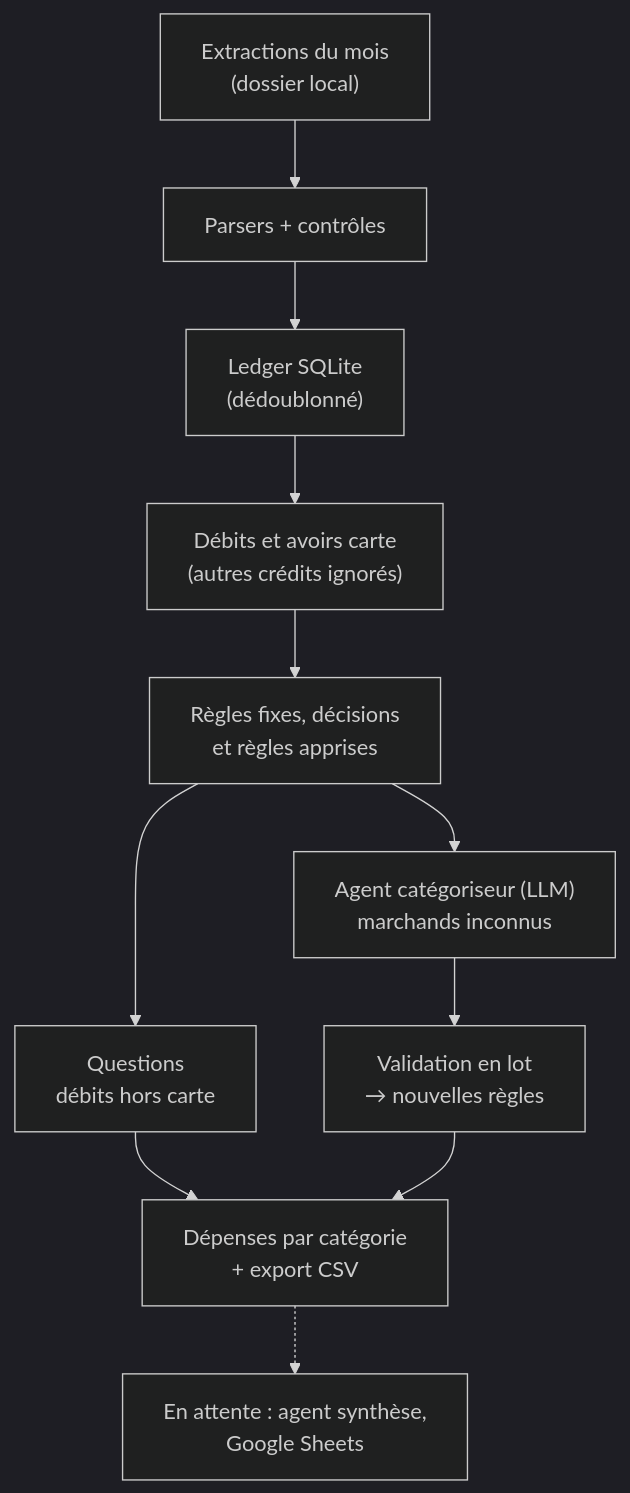
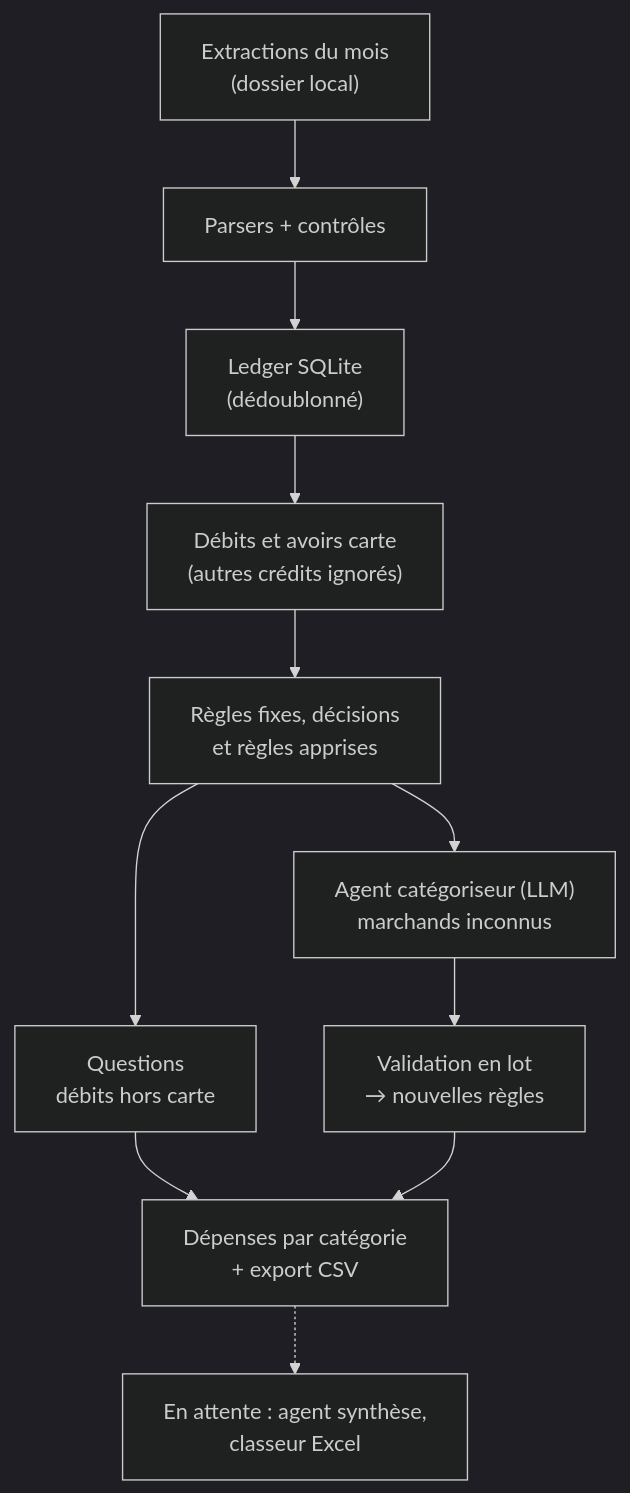
Before and after one commit to AntoineGrb/ai-agent-budget-tracker: the diagram in docs/cadrage.md, drawn with Mermaid (dark theme). The commit also changed other lines of this file and 22 other files, not shown here.

````diff
--- a/docs/cadrage.md
+++ b/docs/cadrage.md
@@ -192,13 +192,13 @@
 ```mermaid
 flowchart TD
     A["Extractions du mois<br/>(dossier local)"] --> B["Parsers + contrôles"]
     B --> C["Ledger SQLite<br/>(dédoublonné)"]
     C --> D["Débits et avoirs carte<br/>(autres crédits ignorés)"]
     D --> E["Règles fixes, décisions<br/>et règles apprises"]
     E --> F["Questions<br/>débits hors carte"]
     E --> G["Agent catégoriseur (LLM)<br/>marchands inconnus"]
     G --> H["Validation en lot<br/>→ nouvelles règles"]
     F --> I["Dépenses par catégorie<br/>+ export CSV"]
     H --> I
-    I -.-> J["En attente : agent synthèse,<br/>Google Sheets"]
+    I -.-> J["En attente : agent synthèse,<br/>classeur Excel"]
 ```
````
